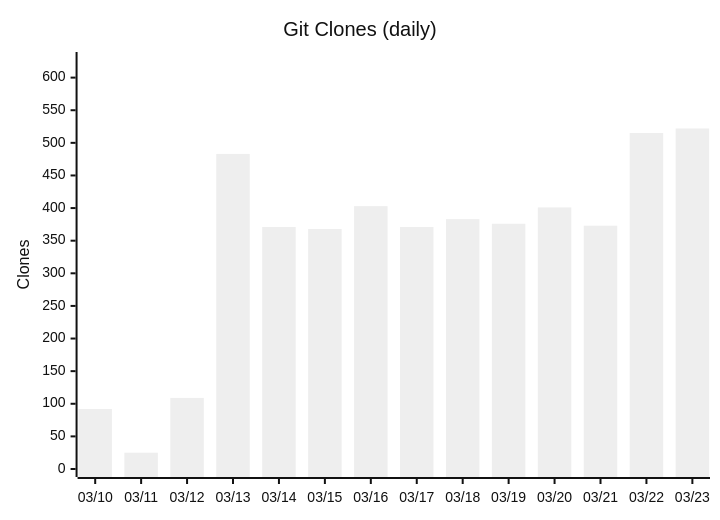
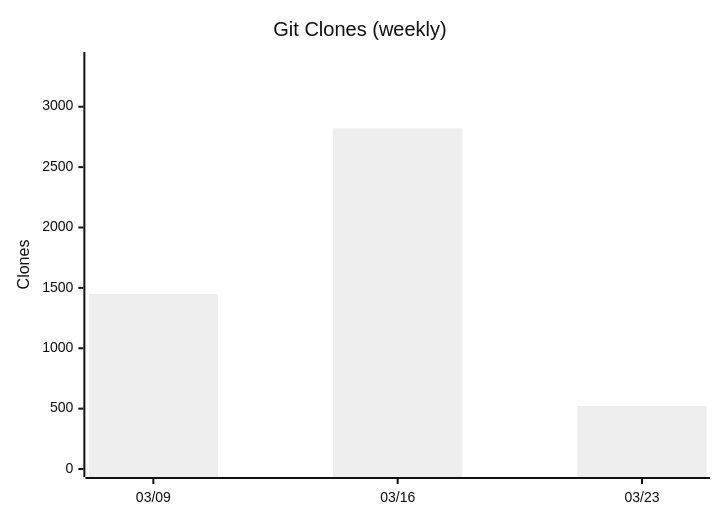
Diagram 14 of 14 in docs/metrics.md (nablarch/nabledge-dev), drawn with Mermaid (neutral theme) before and after one commit. The commit also changed other lines of this file, not shown here.

````diff
--- a/docs/metrics.md
+++ b/docs/metrics.md
@@ -140,7 +148,7 @@
 ```mermaid
 xychart-beta
-  title "Git Clones (daily)"
-  x-axis ["03/10", "03/11", "03/12", "03/13", "03/14", "03/15", "03/16", "03/17", "03/18", "03/19", "03/20", "03/21", "03/22", "03/23"]
-  y-axis "Clones" 0 --> 627
-  bar [92, 25, 109, 483, 371, 368, 403, 371, 383, 376, 401, 373, 515, 522]
+  title "Git Clones (weekly)"
+  x-axis ["03/09", "03/16", "03/23"]
+  y-axis "Clones" 0 --> 3387
+  bar [1448, 2822, 522]
 ```
````
